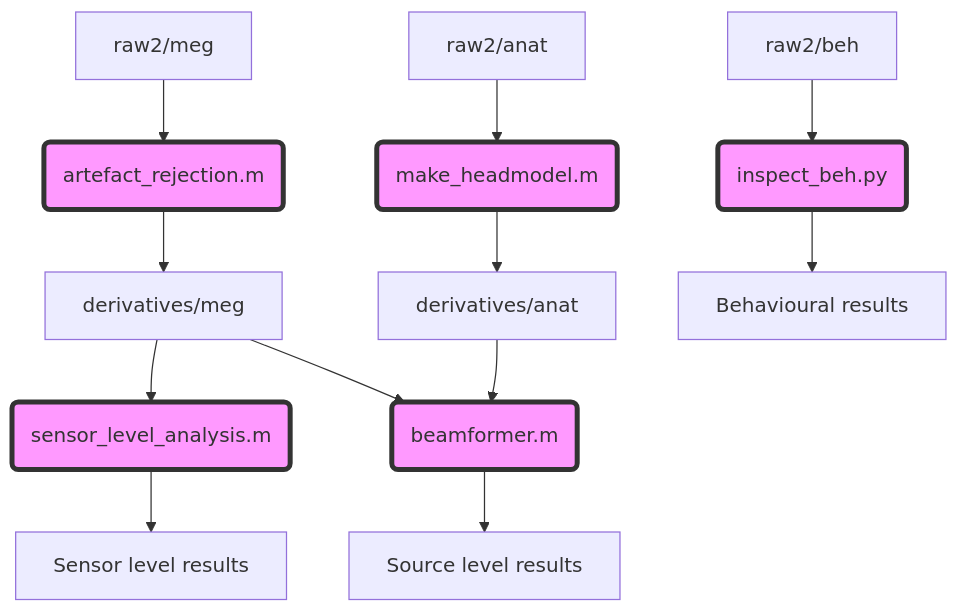
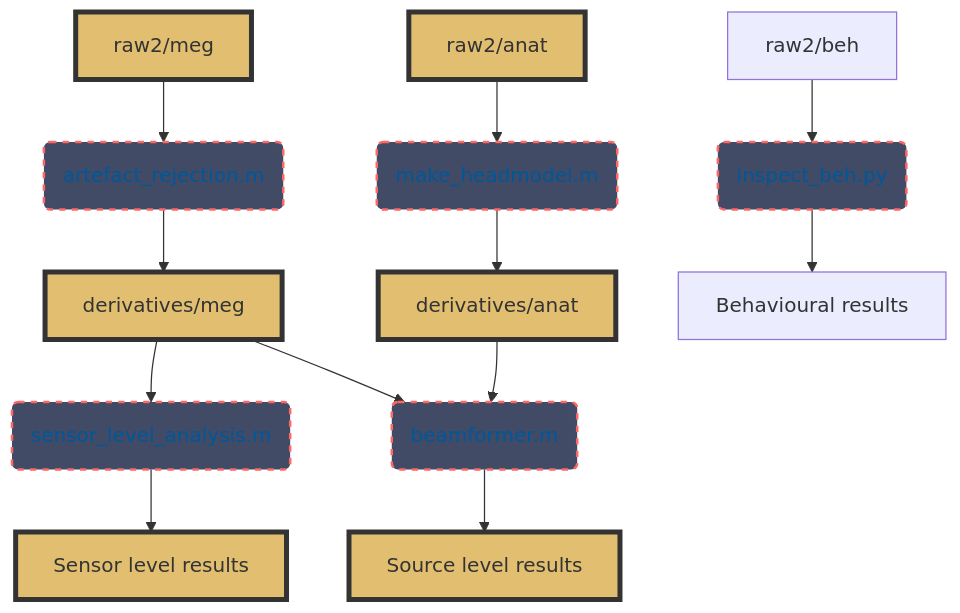
The diagram in README.md (henneysq/meg-ahat), drawn with Mermaid before and after one commit.

````diff
--- a/README.md
+++ b/README.md
@@ -41,21 +41,26 @@
 ```mermaid
 graph TD;
     A[raw2/meg]-->a(artefact_rejection.m)-->B[derivatives/meg];
     
     B-->b(sensor_level_analysis.m)-->D[Sensor level results]
 
     C[raw2/anat]-->c( make_headmodel.m)-->E[derivatives/anat]
     
     d(beamformer.m)
     B-->d-->F[Source level results]
     E-->d
 
     G[raw2/beh]-->e(inspect_beh.py)-->H[Behavioural results]
     
-    
-    style a fill:#f9f,stroke:#333,stroke-width:4px
-    style b fill:#f9f,stroke:#333,stroke-width:4px
-    style c fill:#f9f,stroke:#333,stroke-width:4px
-    style d fill:#f9f,stroke:#333,stroke-width:4px
-    style e fill:#f9f,stroke:#333,stroke-width:4px
+    style a fill:#414b65,stroke:#f66,stroke-width:2px,color:#01579b,stroke-dasharray: 5 5
+    style b fill:#414b65,stroke:#f66,stroke-width:2px,color:#01579b,stroke-dasharray: 5 5
+    style c fill:#414b65,stroke:#f66,stroke-width:2px,color:#01579b,stroke-dasharray: 5 5
+    style d fill:#414b65,stroke:#f66,stroke-width:2px,color:#01579b,stroke-dasharray: 5 5
+    style e fill:#414b65,stroke:#f66,stroke-width:2px,color:#01579b,stroke-dasharray: 5 5
+    style A fill:#e2bf70,stroke:#333,stroke-width:4px
+    style B fill:#e2bf70,stroke:#333,stroke-width:4px
+    style C fill:#e2bf70,stroke:#333,stroke-width:4px
+    style D fill:#e2bf70,stroke:#333,stroke-width:4px
+    style E fill:#e2bf70,stroke:#333,stroke-width:4px
+    style F fill:#e2bf70,stroke:#333,stroke-width:4px
 ```
````
